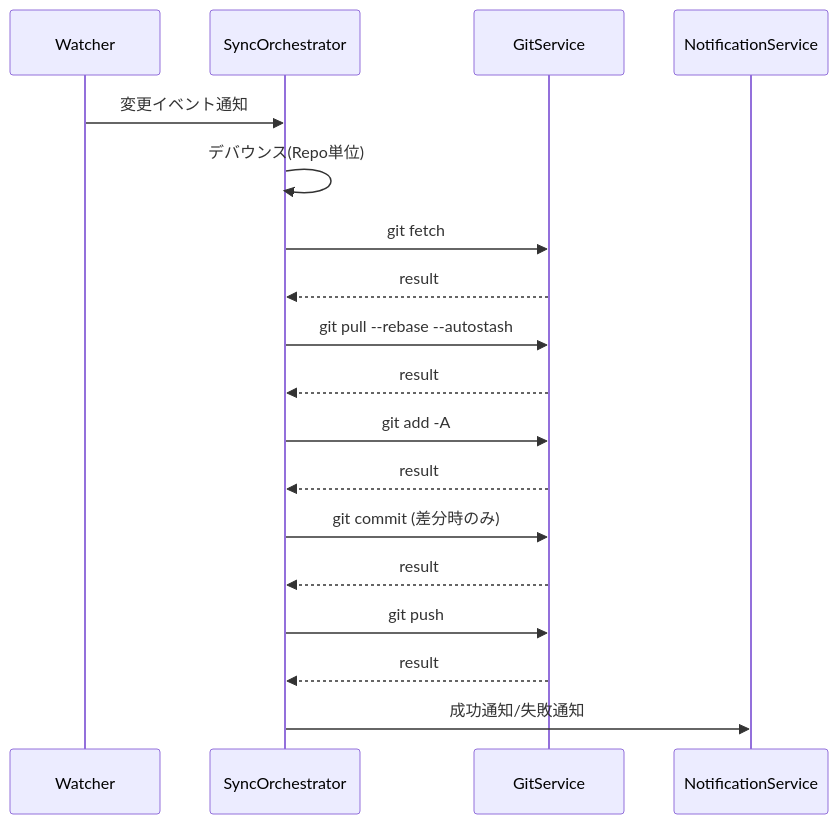
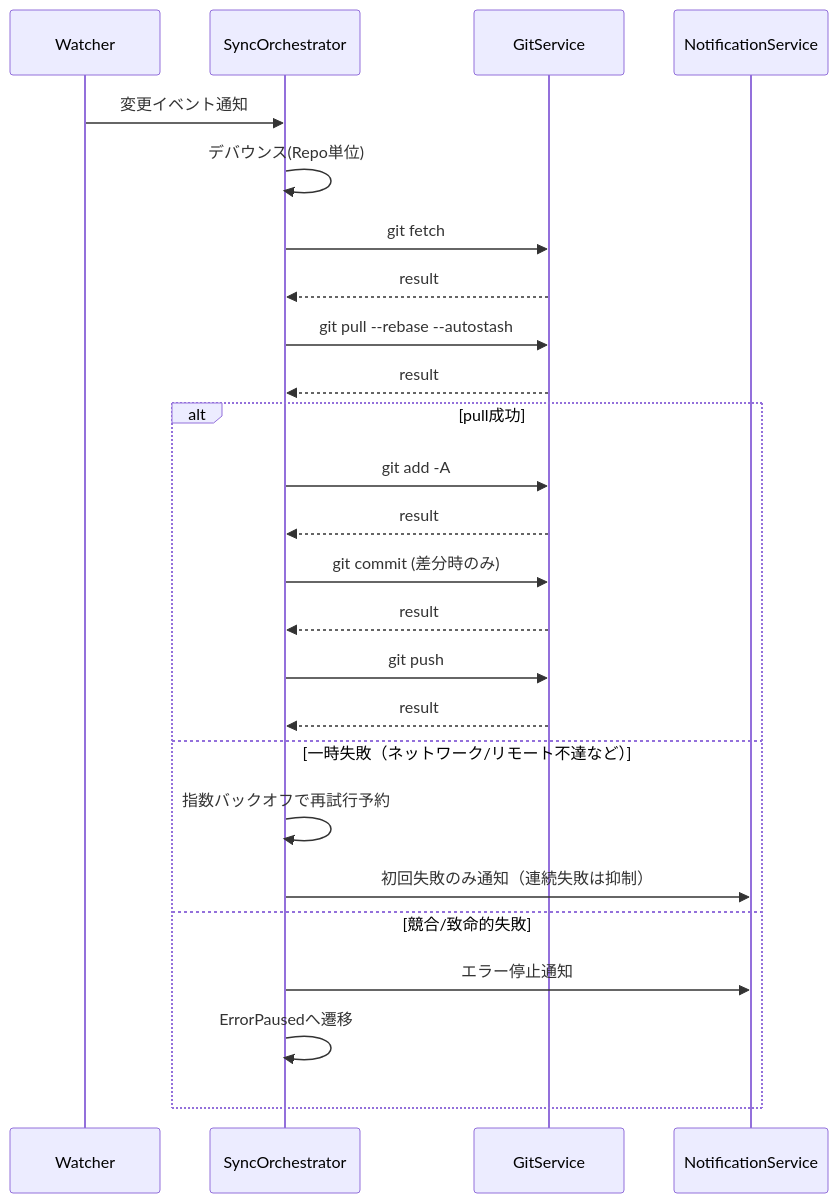
One commit to natumekazuki/GameLauncherWithGit changed the second of 3 diagrams in docs/design/maui-blazor-architecture.md. Above: the diagram before and after it, drawn with Mermaid. The commit also changed other lines of this file and 5 other files, not shown here.

````diff
--- a/docs/design/maui-blazor-architecture.md
+++ b/docs/design/maui-blazor-architecture.md
@@ -63,21 +63,28 @@
 ```mermaid
 sequenceDiagram
     participant W as Watcher
     participant O as SyncOrchestrator
     participant G as GitService
     participant N as NotificationService
 
     W->>O: 変更イベント通知
     O->>O: デバウンス(Repo単位)
     O->>G: git fetch
     G-->>O: result
     O->>G: git pull --rebase --autostash
     G-->>O: result
-    O->>G: git add -A
-    G-->>O: result
-    O->>G: git commit (差分時のみ)
-    G-->>O: result
-    O->>G: git push
-    G-->>O: result
-    O->>N: 成功通知/失敗通知
+    alt pull成功
+        O->>G: git add -A
+        G-->>O: result
+        O->>G: git commit (差分時のみ)
+        G-->>O: result
+        O->>G: git push
+        G-->>O: result
+    else 一時失敗（ネットワーク/リモート不達など）
+        O->>O: 指数バックオフで再試行予約
+        O->>N: 初回失敗のみ通知（連続失敗は抑制）
+    else 競合/致命的失敗
+        O->>N: エラー停止通知
+        O->>O: ErrorPausedへ遷移
+    end
 ```
````
